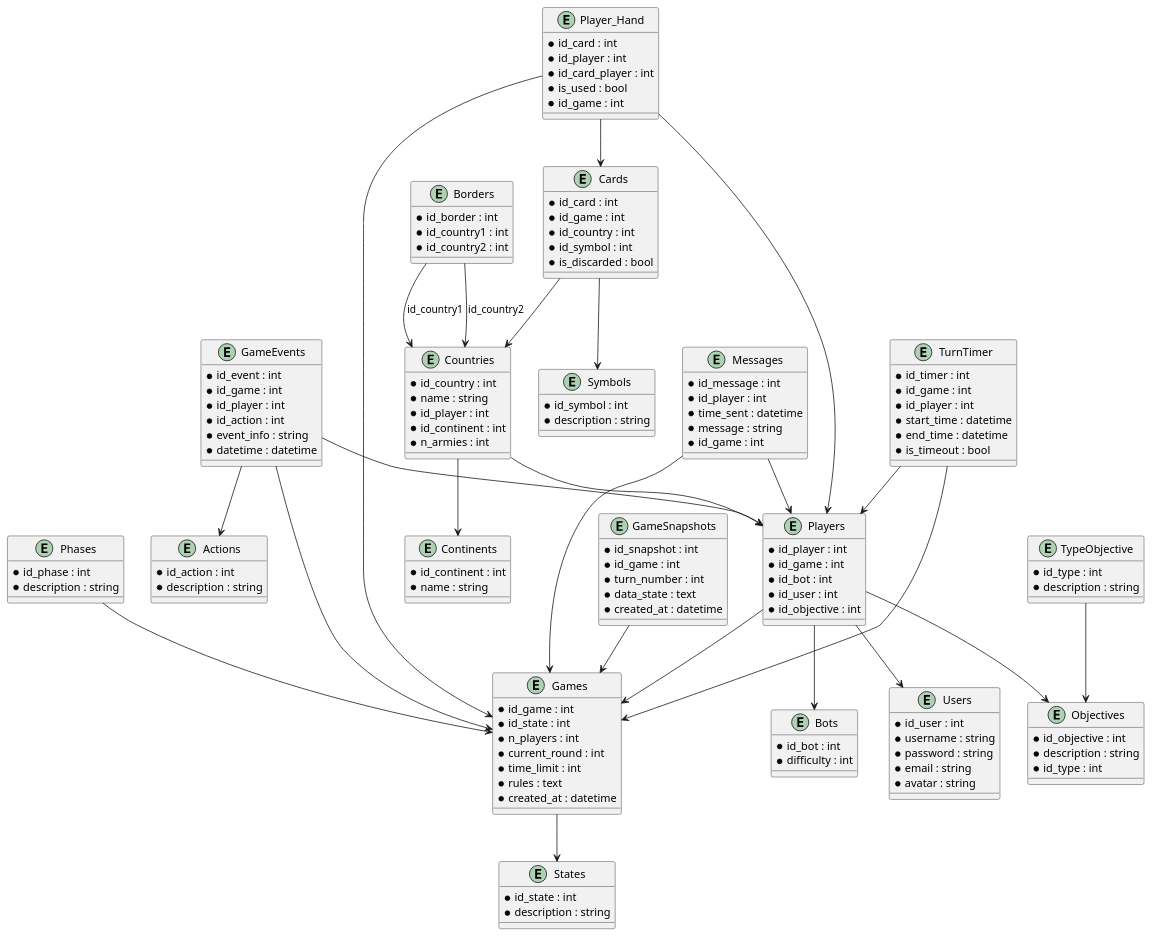
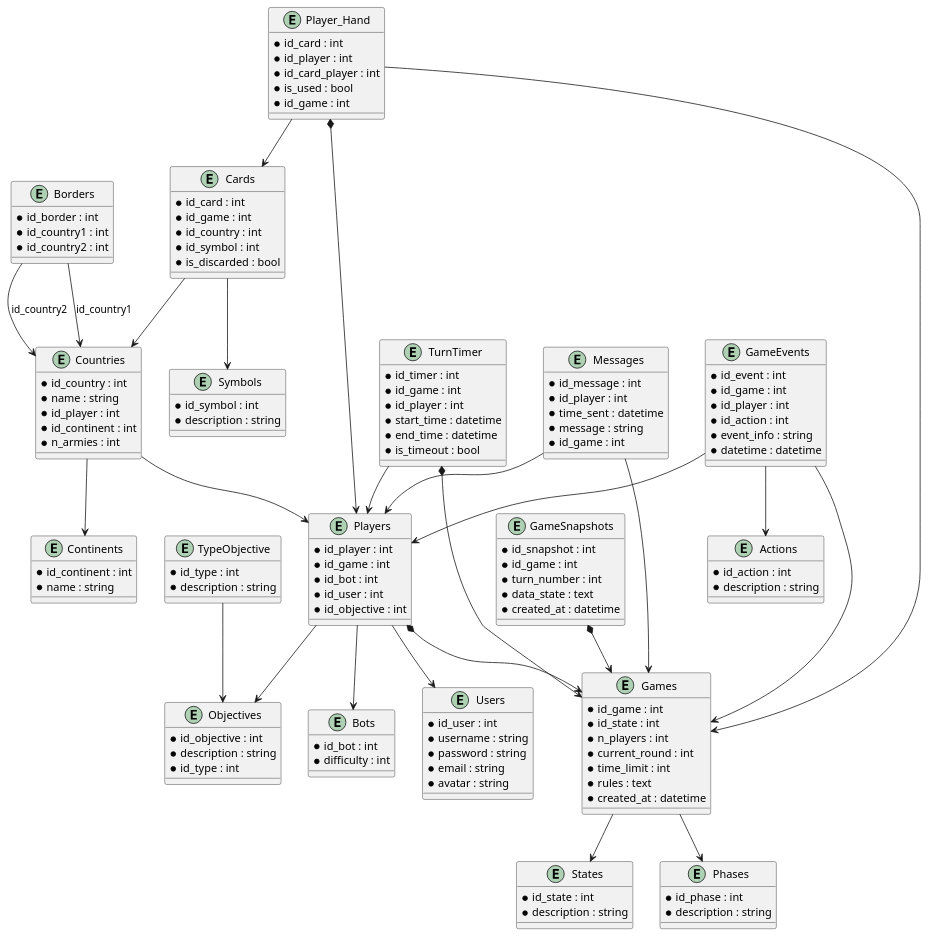
The diagram in docs/app_doc/diagrams/database_diagram.puml (wasapjg/TEG), drawn with PlantUML before and after one commit.

Commit message:
Flechas UML

```diff
--- a/docs/app_doc/diagrams/database_diagram.puml
+++ b/docs/app_doc/diagrams/database_diagram.puml
@@ -1,183 +1,183 @@
 @startuml
 
 entity States {
   * id_state : int
   * description : string
 }
 
 entity Games {
   * id_game : int
   * id_state : int
   * n_players : int
   * current_round : int
   * time_limit : int
   * rules : text
   * created_at : datetime
 }
 
 entity Users {
   * id_user : int
   * username : string
   * password : string
   * email : string
   * avatar : string
 }
 
 entity Bots {
   * id_bot : int
   * difficulty : int
 }
 
 entity Players {
   * id_player : int
   * id_game : int
   * id_bot : int
   * id_user : int
   * id_objective : int
 }
 
 entity Phases {
   * id_phase : int
   * description : string
 }
 
 entity GameEvents {
   * id_event : int
   * id_game : int
   * id_player : int
   * id_action : int
   * event_info : string
   * datetime : datetime
 }
 
 entity Countries {
   * id_country : int
   * name : string
   * id_player : int
   * id_continent : int
   * n_armies : int
 }
 
 entity Continents {
   * id_continent : int
   * name : string
 }
 
 entity Borders {
   * id_border : int
   * id_country1 : int
   * id_country2 : int
 }
 
 entity Objectives {
   * id_objective : int
   * description : string
   * id_type : int
 }
 
 entity TypeObjective {
   * id_type : int
   * description : string
 }
 
 entity Cards {
   * id_card : int
   * id_game : int
   * id_country : int
   * id_symbol : int
   * is_discarded : bool 
 }
 
 entity Symbols {
   * id_symbol : int
   * description : string
 }
 
 entity Actions {
   * id_action : int
   * description : string
 }
 
 entity Messages {
   * id_message : int
   * id_player : int
   * time_sent : datetime
   * message : string
   * id_game : int
 }
 
 entity Player_Hand {
   * id_card : int
   * id_player : int
   * id_card_player : int
   * is_used : bool
   * id_game : int
 }
 
 entity GameSnapshots {
   * id_snapshot : int
   * id_game : int
   * turn_number : int
   * data_state : text
   * created_at : datetime
 }
 
 entity TurnTimer {
   * id_timer : int
   * id_game : int
   * id_player : int
   * start_time : datetime
   * end_time : datetime
   * is_timeout : bool
 }
 
 ' States connection
 Games --> States
 
 ' Players connections
-Players --> Games
+Players *--> Games
 Players --> Bots
 Players --> Users
 Players --> Objectives
 
 ' GameEvents connections
 GameEvents --> Games
 GameEvents --> Players
 GameEvents --> Actions
 
 ' Countries connections
 Countries --> Players
 Countries --> Continents
 
 ' Borders connections (each border links two countries)
 Borders --> Countries : id_country1
 Borders --> Countries : id_country2
 
 ' Cards connections
 Cards --> Countries
 Cards --> Symbols
 
 ' Messages connections
 Messages --> Players
 Messages --> Games
 
 ' Player_Hand connections
 Player_Hand --> Cards
-Player_Hand --> Players
+Player_Hand *--> Players
 Player_Hand --> Games
 
 ' GameSnapshots connection
-GameSnapshots --> Games
+GameSnapshots *--> Games
 
 ' TurnTimer connections
-TurnTimer --> Games
+TurnTimer *--> Games
 TurnTimer --> Players
 
 ' TypeObjective connections
 TypeObjective --> Objectives
 
 ' Phases connections
-Phases --> Games
+Games --> Phases
 
 
 @enduml
```
